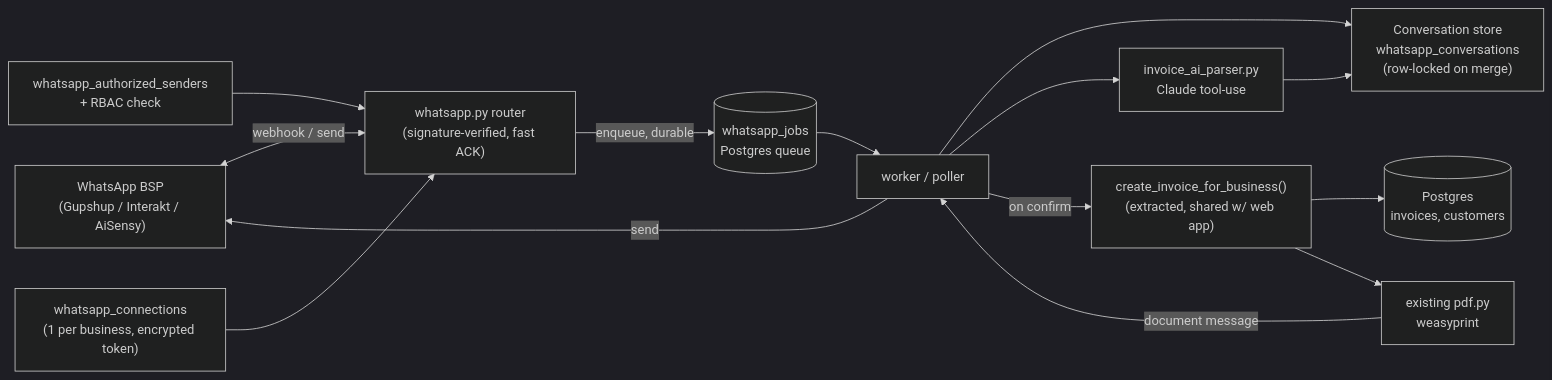
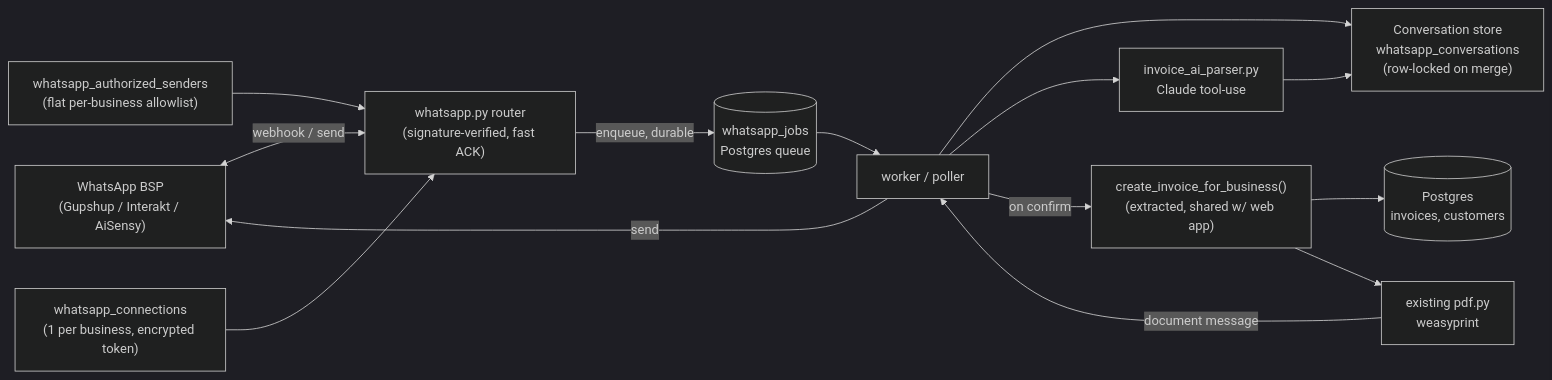
One commit to manalitanna1976-maker/billing-buddy-backend changed the first of 2 diagrams in docs/superpowers/specs/2026-08-17-whatsapp-invoice-drafting-design.md. Above: the diagram before and after it, drawn with Mermaid (dark theme). The commit also changed other lines of this file, not shown here.

````diff
--- a/docs/superpowers/specs/2026-08-17-whatsapp-invoice-drafting-design.md
+++ b/docs/superpowers/specs/2026-08-17-whatsapp-invoice-drafting-design.md
@@ -74,16 +129,16 @@
 ```mermaid
 flowchart LR
     WA["WhatsApp BSP<br/>(Gupshup / Interakt / AiSensy)"] <-->|webhook / send| RT["whatsapp.py router<br/>(signature-verified, fast ACK)"]
     RT -->|enqueue, durable| JOBS[("whatsapp_jobs<br/>Postgres queue")]
     JOBS --> WORKER["worker / poller"]
     WORKER --> CONV["Conversation store<br/>whatsapp_conversations<br/>(row-locked on merge)"]
     WORKER --> PARSE["invoice_ai_parser.py<br/>Claude tool-use"]
     PARSE --> CONV
     WORKER -->|on confirm| SVC["create_invoice_for_business()<br/>(extracted, shared w/ web app)"]
     SVC --> DB[("Postgres<br/>invoices, customers")]
     SVC --> PDF["existing pdf.py<br/>weasyprint"]
     PDF -->|document message| WORKER
     WORKER -->|send| WA
-    AUTH["whatsapp_authorized_senders<br/>+ RBAC check"] --> RT
+    AUTH["whatsapp_authorized_senders<br/>(flat per-business allowlist)"] --> RT
     CONN["whatsapp_connections<br/>(1 per business, encrypted token)"] --> RT
 ```
````
